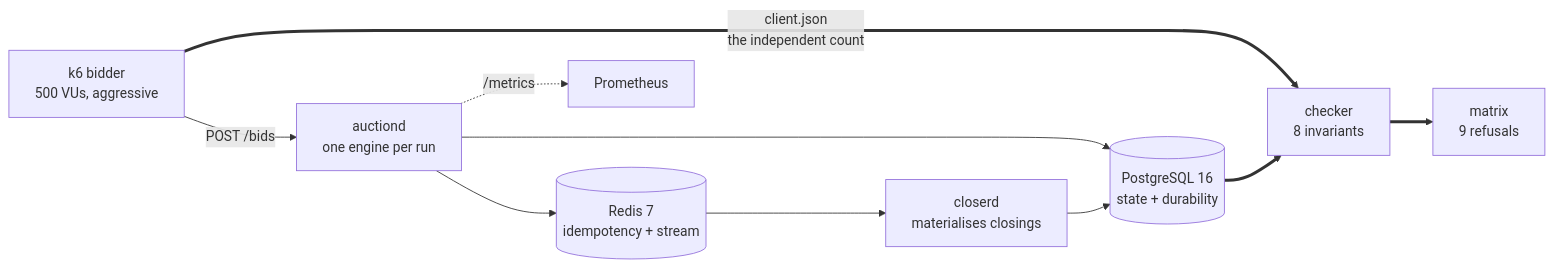
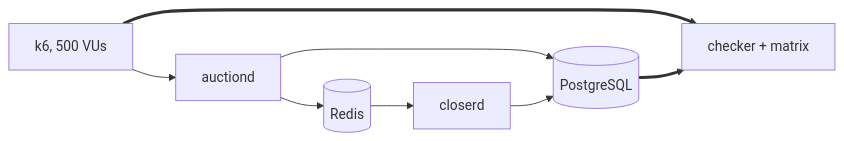
Before and after one commit to samuka7abr/Auction-System: the diagram in README.md, drawn with Mermaid. The commit also changed other lines of this file, not shown here.

````diff
--- a/README.md
+++ b/README.md
@@ -131,12 +26,10 @@
 ```mermaid
 flowchart LR
-  k6["k6 bidder<br/>500 VUs, aggressive"] -->|"POST /bids"| api["auctiond<br/>one engine per run"]
-  api --> pg[("PostgreSQL 16<br/>state + durability")]
-  api --> redis[("Redis 7<br/>idempotency + stream")]
-  redis --> closerd["closerd<br/>materialises closings"]
+  k6["k6, 500 VUs"] --> api["auctiond"]
+  api --> pg[("PostgreSQL")]
+  api --> redis[("Redis")]
+  redis --> closerd["closerd"]
   closerd --> pg
-  api -.->|"/metrics"| prom["Prometheus"]
-  k6 ==>|"client.json<br/>the independent count"| checker["checker<br/>8 invariants"]
+  k6 ==> checker["checker + matrix"]
   pg ==> checker
-  checker ==> matrix["matrix<br/>9 refusals"]
 ```
````
